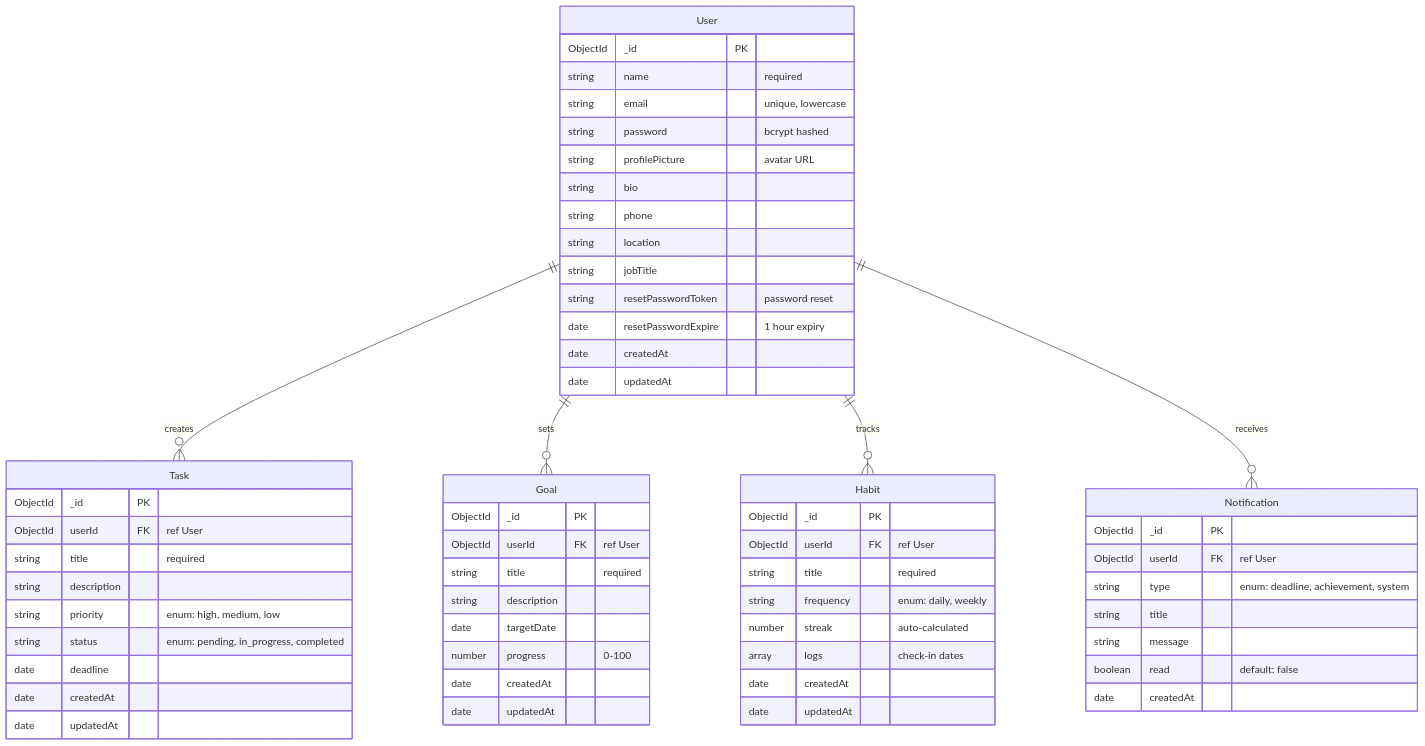
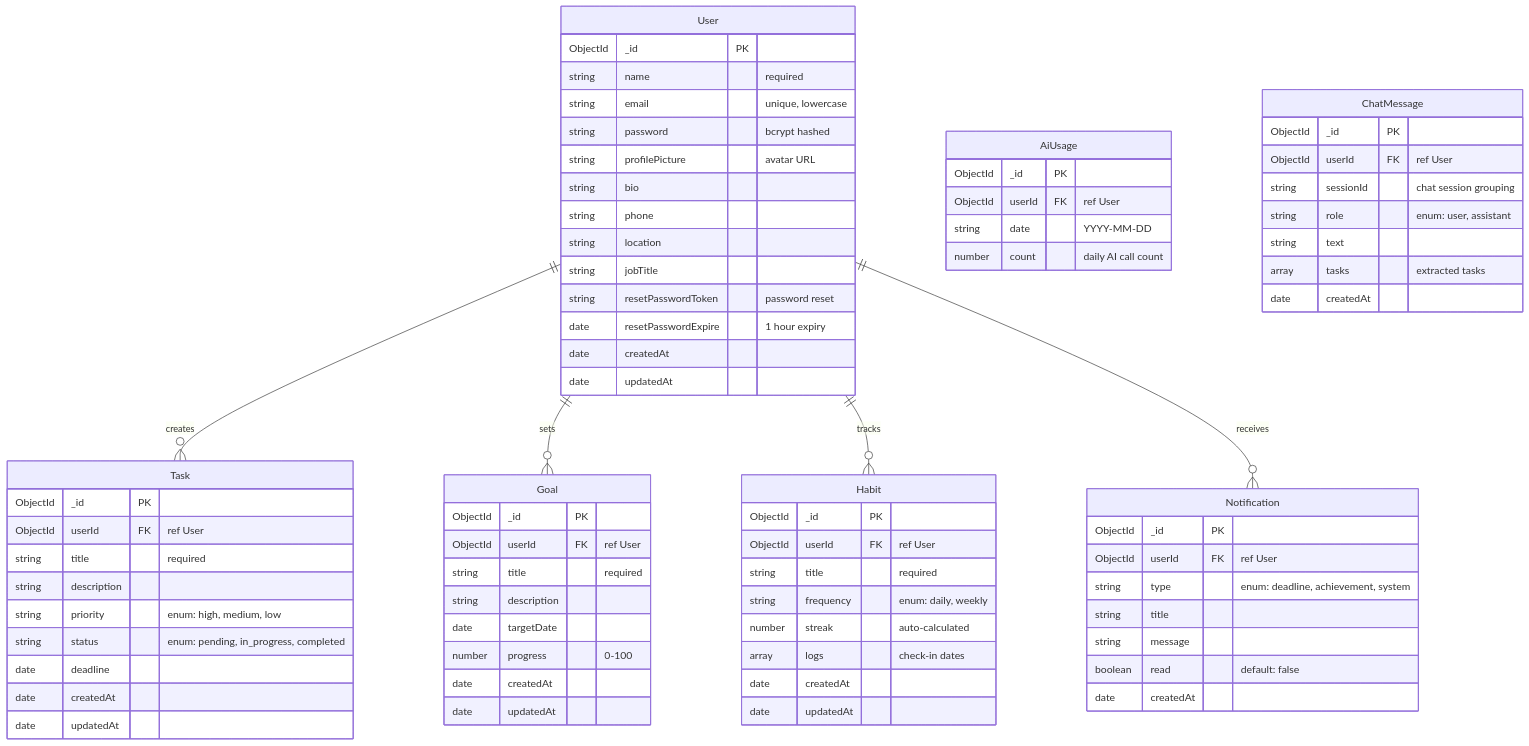
Before and after one commit to Shubham-997800/FlowSyncAi: the second of 2 diagrams in README.md, drawn with Mermaid. The commit also changed other lines of this file, not shown here.

````diff
--- a/README.md
+++ b/README.md
@@ -539,4 +552,21 @@
         boolean read "default: false"
         date createdAt
     }
+
+    AiUsage {
+        ObjectId _id PK
+        ObjectId userId FK "ref User"
+        string date "YYYY-MM-DD"
+        number count "daily AI call count"
+    }
+
+    ChatMessage {
+        ObjectId _id PK
+        ObjectId userId FK "ref User"
+        string sessionId "chat session grouping"
+        string role "enum: user, assistant"
+        string text
+        array tasks "extracted tasks"
+        date createdAt
+    }
 ```
````
